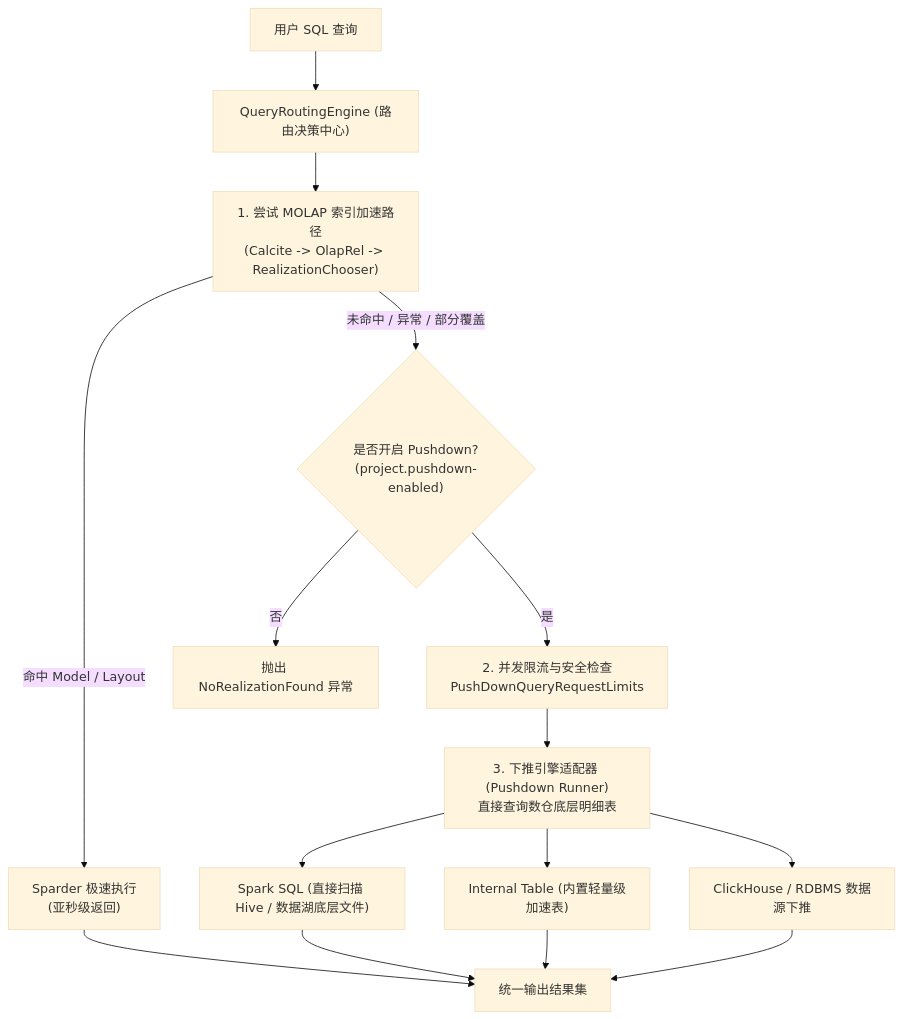
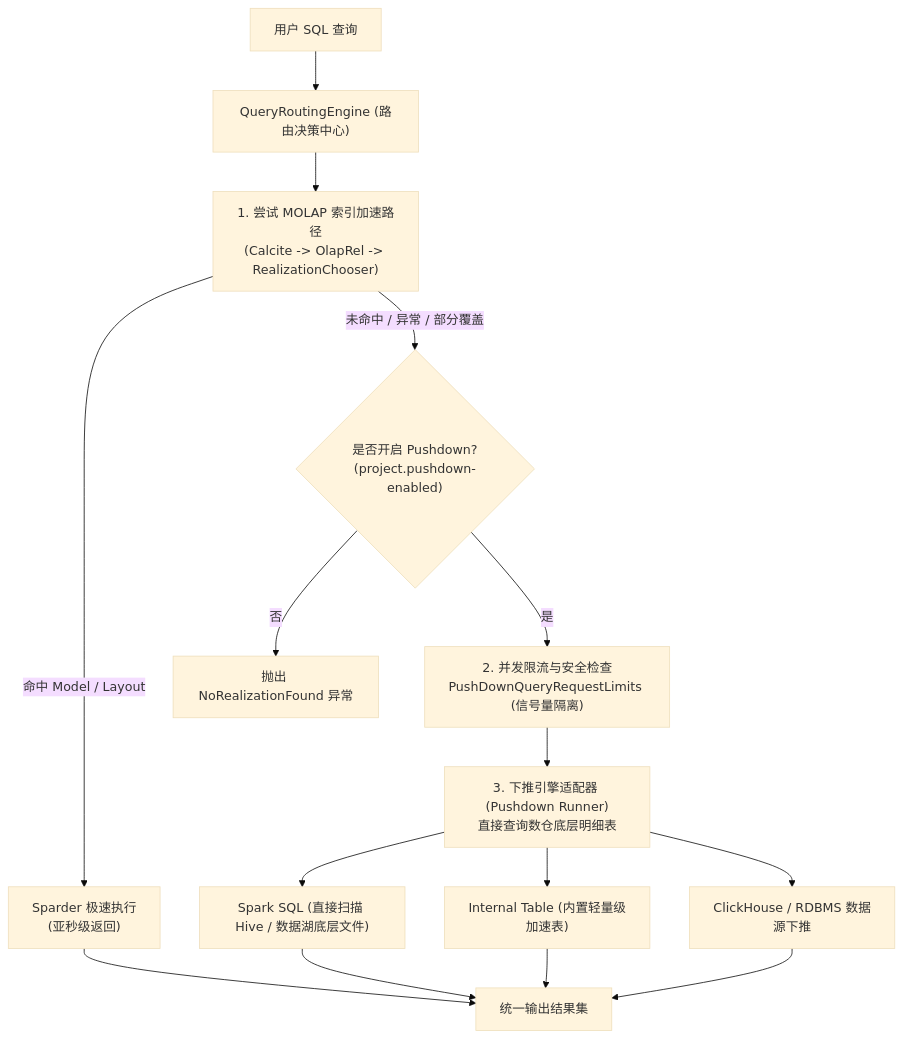
Before and after one commit to Mrhs121/mrhs121.github.io: the first of 4 diagrams in posts/2026-08-18-kylin-query-engine-06-pushdown-hybrid-and-tuning.md, drawn with Mermaid (base theme). The commit also changed other lines of this file and 5 other files, not shown here.

````diff
--- a/posts/2026-08-18-kylin-query-engine-06-pushdown-hybrid-and-tuning.md
+++ b/posts/2026-08-18-kylin-query-engine-06-pushdown-hybrid-and-tuning.md
@@ -32,24 +32,24 @@
 ```mermaid
 flowchart TD
     SQL["用户 SQL 查询"] --> Route["QueryRoutingEngine (路由决策中心)"]
     
     Route --> TryMOLAP["1. 尝试 MOLAP 索引加速路径<br/>(Calcite -> OlapRel -> RealizationChooser)"]
     
     TryMOLAP -- 命中 Model / Layout --> SparderExec["Sparder 极速执行<br/>(亚秒级返回)"]
     
     TryMOLAP -- 未命中 / 异常 / 部分覆盖 --> PushdownDecision{"是否开启 Pushdown?<br/>(project.pushdown-enabled)"}
     
-    PushdownDecision -- 是 --> Throttle["2. 并发限流与安全检查<br/>PushDownQueryRequestLimits"]
+    PushdownDecision -- 是 --> Throttle["2. 并发限流与安全检查<br/>PushDownQueryRequestLimits (信号量隔离)"]
     Throttle --> PushdownEngine["3. 下推引擎适配器 (Pushdown Runner)<br/>直接查询数仓底层明细表"]
     
     PushdownEngine --> P1["Spark SQL (直接扫描 Hive / 数据湖底层文件)"]
     PushdownEngine --> P2["Internal Table (内置轻量级加速表)"]
     PushdownEngine --> P3["ClickHouse / RDBMS 数据源下推"]
     
     PushdownDecision -- 否 --> ThrowExp["抛出 NoRealizationFound 异常"]
     
     SparderExec --> Result["统一输出结果集"]
     P1 --> Result
     P2 --> Result
     P3 --> Result
 ```
````
